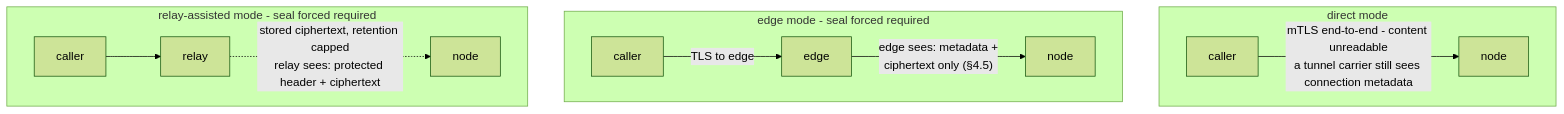
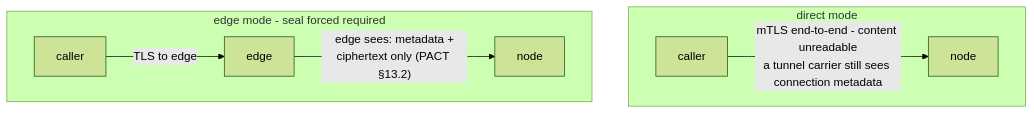
The eighth of 8 diagrams in SPEC.md (humandelegatedtrustprotocol/hdtp-gateway), drawn with Mermaid (forest theme) before and after one commit. The commit also changed other lines of this file and 5 other files, not shown here.

````diff
--- a/SPEC.md
+++ b/SPEC.md
@@ -1201,14 +1101,10 @@
 ```mermaid
 flowchart TB
     subgraph DM["direct mode"]
         A1["caller"] -- "mTLS end-to-end - content unreadable<br/>a tunnel carrier still sees connection metadata" --> B1["node"]
     end
     subgraph EM["edge mode - seal forced required"]
         A2["caller"] -- "TLS to edge" --> E["edge"]
-        E -- "edge sees: metadata +<br/>ciphertext only (§4.5)" --> B2["node"]
-    end
-    subgraph RM["relay-assisted mode - seal forced required"]
-        A3["caller"] --> R["relay"]
-        R -. "stored ciphertext, retention capped<br/>relay sees: protected header + ciphertext" .-> B3["node"]
+        E -- "edge sees: metadata +<br/>ciphertext only (PACT §13.2)" --> B2["node"]
     end
 ```
````
